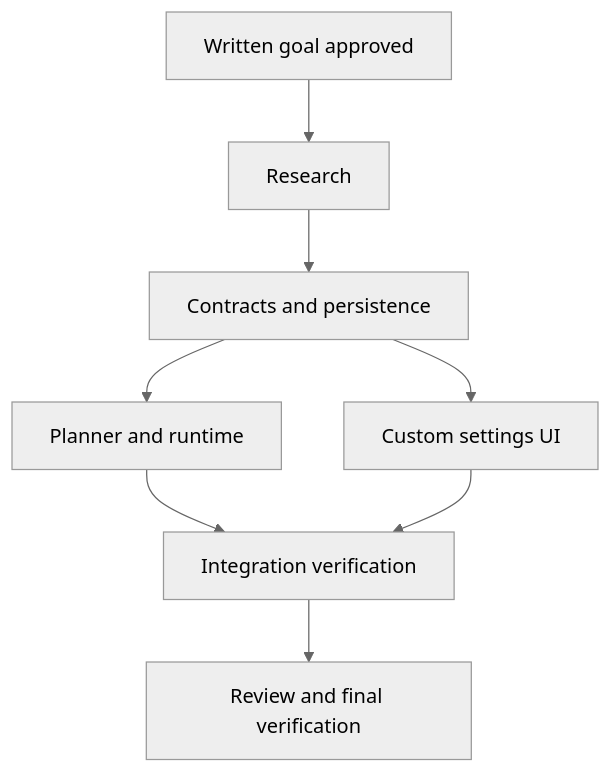
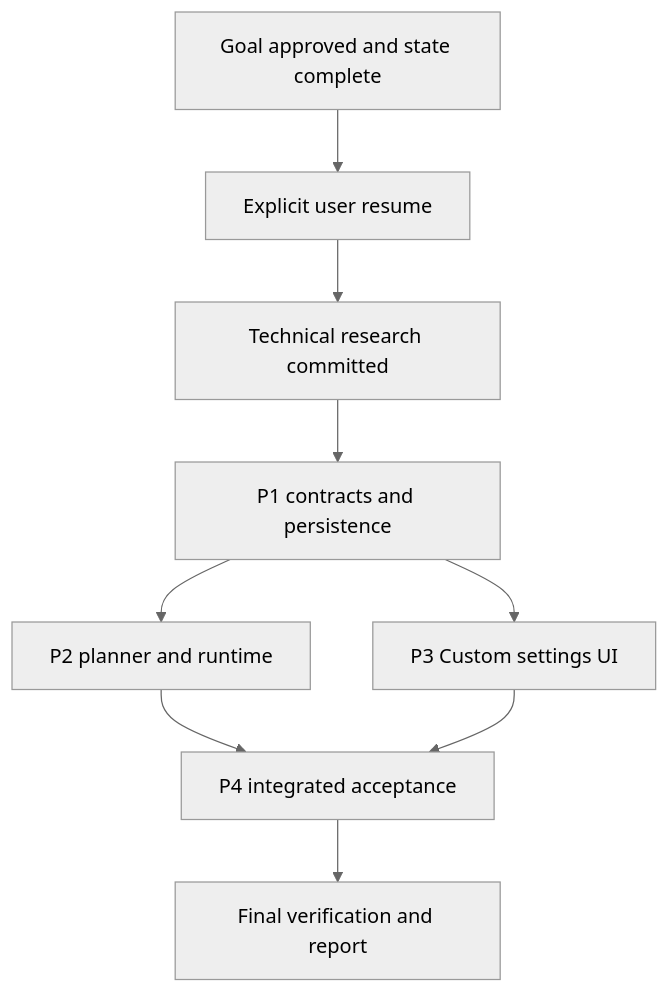
Before and after one commit to its-peter-yall/A2UI: the diagram in docs/custom-learning-mode/state.md, drawn with Mermaid (neutral theme). The commit also changed other lines of this file and 1 other file, not shown here.

Commit message:
docs(custom-learning-mode): complete state and pause before research

````diff
--- a/docs/custom-learning-mode/state.md
+++ b/docs/custom-learning-mode/state.md
@@ -71,10 +144,11 @@
 ```mermaid
 flowchart TD
-  G[Written goal approved] --> R[Research]
-  R --> P1[Contracts and persistence]
-  P1 --> P2[Planner and runtime]
-  P1 --> P3[Custom settings UI]
-  P2 --> P4[Integration verification]
+  G[Goal approved and state complete] --> H[Explicit user resume]
+  H --> R[Technical research committed]
+  R --> P1[P1 contracts and persistence]
+  P1 --> P2[P2 planner and runtime]
+  P1 --> P3[P3 Custom settings UI]
+  P2 --> P4[P4 integrated acceptance]
   P3 --> P4
-  P4 --> V[Review and final verification]
+  P4 --> V[Final verification and report]
 ```
````
